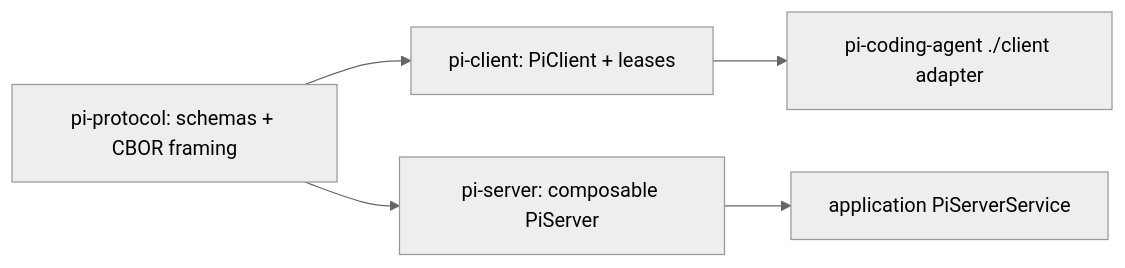
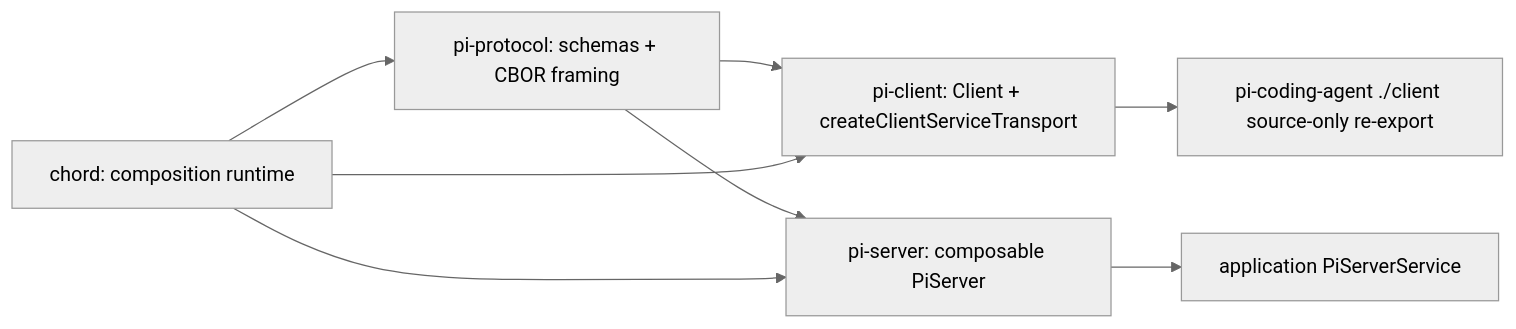
Before and after one commit to wdnmdtonyma/SOTA-Agent-LLM-Wiki: the diagram in docs/llm-wiki/pi/reference/package-index.md, drawn with Mermaid (neutral theme). The commit also changed other lines of this file and 213 other files, not shown here.

````diff
--- a/docs/llm-wiki/pi/reference/package-index.md
+++ b/docs/llm-wiki/pi/reference/package-index.md
@@ -110,7 +115,10 @@
 ```mermaid
 flowchart LR
-  P["pi-protocol: schemas + CBOR framing"] --> C["pi-client: PiClient + leases"]
+  Chord["chord: composition runtime"] --> P["pi-protocol: schemas + CBOR framing"]
+  P --> C["pi-client: Client + createClientServiceTransport"]
   P --> S["pi-server: composable PiServer"]
-  C --> CA["pi-coding-agent ./client adapter"]
+  Chord --> C
+  Chord --> S
+  C --> CA["pi-coding-agent ./client source-only re-export"]
   S --> B["application PiServerService"]
 ```
````
